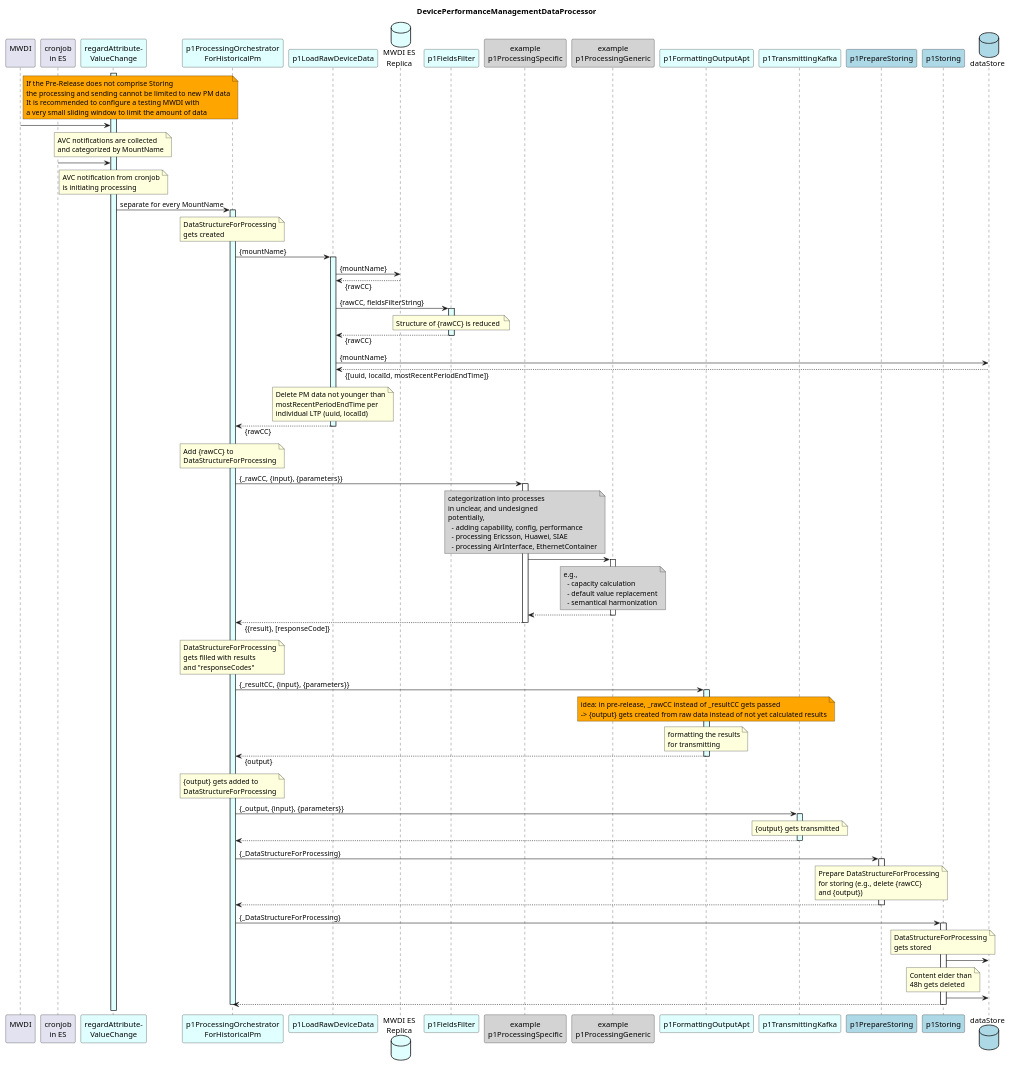
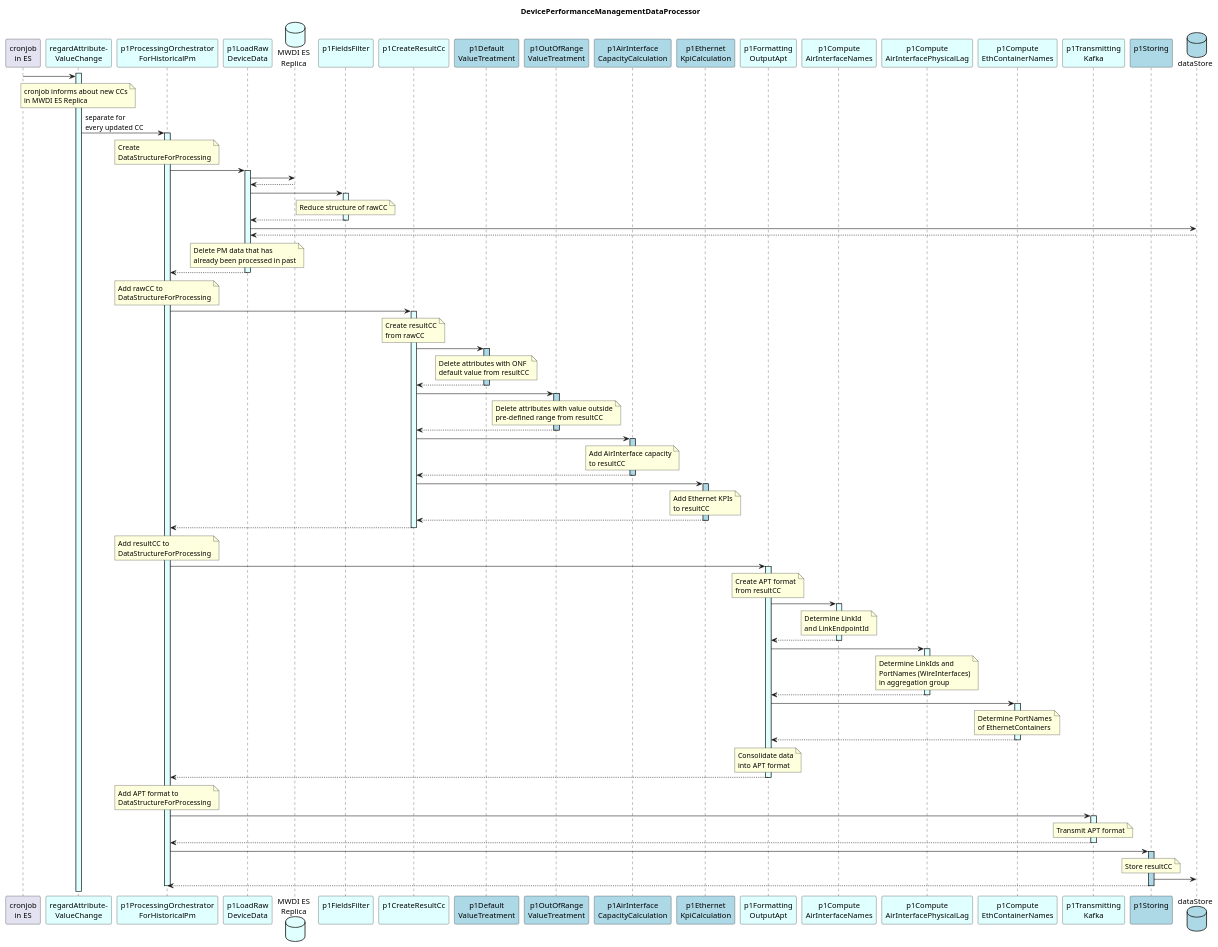
One commit to openBackhaul/DevicePerformanceManagementDataProcessor changed the diagram in spec/diagrams/hl_sequence.plantuml. Above: the diagram before and after it, drawn with PlantUML. The commit also changed 22 other files, not shown here.

```diff
--- a/spec/diagrams/hl_sequence.plantuml
+++ b/spec/diagrams/hl_sequence.plantuml
@@ -5,179 +5,211 @@
   DevicePerformanceManagementDataProcessor
 end title
 
-participant "MWDI\n" as mwdi
 participant "cronjob\nin ES" as cjes
 participant "regardAttribute-\nValueChange" as rAVC #LightCyan
 
 participant "p1ProcessingOrchestrator\nForHistoricalPm" as p1ProOrch #LightCyan
 
-participant "p1LoadRawDeviceData" as p1AddRaw #LightCyan
+participant "p1LoadRaw\nDeviceData" as p1AddRaw #LightCyan
 database  "MWDI ES\nReplica" as MwdiEs #LightCyan
-participant "p1FieldsFilter" as p1FF #LightCyan
+participant "p1FieldsFilter\n" as p1FF #LightCyan
 
-participant "example\np1ProcessingSpecific" as p1Specific #LightGrey
-participant "example\np1ProcessingGeneric" as p1Generic #LightGrey
+participant "p1CreateResultCc\n" as p1CRC #LightCyan
+participant "p1Default\nValueTreatment" as p1DVT #LightBlue
+participant "p1OutOfRange\nValueTreatment" as p1ORVT #LightBlue
 
-participant "p1FormattingOutputApt" as p1Output #LightCyan
-participant "p1TransmittingKafka" as p1Trans #LightCyan
+participant "p1AirInterface\nCapacityCalculation" as p1AiCC #LightBlue
+participant "p1Ethernet\nKpiCalculation" as p1EthKC #LightBlue
 
-participant "p1PrepareStoring" as p1PrepStore #LightBlue
+participant "p1Formatting\nOutputApt" as p1Output #LightCyan
+participant "p1Compute\nAirInterfaceNames" as p1CompAiNames #LightCyan
+participant "p1Compute\nAirInterfacePhysicalLag" as p1CompPhyLag #LightCyan
+participant "p1Compute\nEthContainerNames" as p1CompEthContNames #LightCyan
 
-participant "p1Storing" as p1Store #LightBlue
+participant "p1Transmitting\nKafka" as p1Trans #LightCyan
+
+participant "p1Storing\n" as p1Store #LightBlue
 database "dataStore" as db #LightBlue
 
-note right mwdi #Orange
-  If the Pre-Release does not comprise Storing
-  the processing and sending cannot be limited to new PM data
-  It is recommended to configure a testing MWDI with
-  a very small sliding window to limit the amount of data  
-end note
 
 activate rAVC #LightCyan
 
-mwdi -> rAVC
+cjes -> rAVC
 note over rAVC
-  AVC notifications are collected
-  and categorized by MountName
+  cronjob informs about new CCs
+  in MWDI ES Replica
 end note
 
-cjes -> rAVC
-note over rAVC
-  AVC notification from cronjob
-  is initiating processing
-end note
-
-rAVC -> p1ProOrch : separate for every MountName
+rAVC -> p1ProOrch : separate for\nevery updated CC
 activate p1ProOrch #LightCyan
 
   note over p1ProOrch
+    Create
     DataStructureForProcessing
-    gets created
   end note
 
-  p1ProOrch -> p1AddRaw : {mountName}
+  p1ProOrch -> p1AddRaw
   activate p1AddRaw #LightCyan
 
-    p1AddRaw -> MwdiEs : {mountName}
-    p1AddRaw <-- MwdiEs : {rawCC}
+    p1AddRaw -> MwdiEs
+    p1AddRaw <-- MwdiEs
 
-    p1AddRaw -> p1FF : {rawCC, fieldsFilterString}
+    p1AddRaw -> p1FF
     activate p1FF #LightCyan
 
       note over p1FF
-        Structure of {rawCC} is reduced 
+        Reduce structure of rawCC
       end note
 
-    p1AddRaw <-- p1FF : {rawCC}
+    p1AddRaw <-- p1FF
     deactivate p1FF
 
-    p1AddRaw -> db : {mountName}
-    p1AddRaw <-- db : {[uuid, localId, mostRecentPeriodEndTime]}
+    p1AddRaw -> db
+    p1AddRaw <-- db
 
     note over p1AddRaw
-      Delete PM data not younger than
-      mostRecentPeriodEndTime per
-      individual LTP (uuid, localId)
+      Delete PM data that has
+      already been processed in past
     end note
 
-  p1ProOrch <-- p1AddRaw : {rawCC}
+  p1ProOrch <-- p1AddRaw
   deactivate p1AddRaw
 
   note over p1ProOrch
-    Add {rawCC} to
+    Add rawCC to
     DataStructureForProcessing
   end note
 
-  p1ProOrch -> p1Specific : {_rawCC, {input}, {parameters}}
-  activate p1Specific
+  p1ProOrch -> p1CRC
+  activate p1CRC #LightCyan
 
-    note over p1Specific #LightGray
-      categorization into processes 
-      in unclear, and undesigned
-      potentially, 
-        - adding capability, config, performance
-        - processing Ericsson, Huawei, SIAE
-        - processing AirInterface, EthernetContainer
+    note over p1CRC
+      Create resultCC
+      from rawCC
     end note
 
-    p1Specific -> p1Generic
-    activate p1Generic
-  
-      note over p1Generic  #LightGray
-        e.g., 
-          - capacity calculation
-          - default value replacement
-          - semantical harmonization
+    p1CRC -> p1DVT
+    activate p1DVT #LightBlue
+
+      note over p1DVT
+        Delete attributes with ONF
+        default value from resultCC
       end note
 
-    p1Specific <-- p1Generic
-    deactivate p1Generic
-    
-  p1ProOrch <-- p1Specific : {{result}, [responseCode]}
-  deactivate p1Specific
+    p1CRC <-- p1DVT
+    deactivate p1DVT
+
+    p1CRC -> p1ORVT
+    activate p1ORVT #LightBlue
+
+      note over p1ORVT
+        Delete attributes with value outside
+        pre-defined range from resultCC
+      end note
+
+    p1CRC <-- p1ORVT
+    deactivate p1ORVT
+
+    p1CRC -> p1AiCC
+    activate p1AiCC #LightBlue
+
+      note over p1AiCC
+        Add AirInterface capacity
+        to resultCC
+      end note
+
+    p1CRC <-- p1AiCC
+    deactivate p1AiCC
+
+    p1CRC -> p1EthKC
+    activate p1EthKC #LightBlue
+
+      note over p1EthKC
+        Add Ethernet KPIs
+        to resultCC
+      end note
+
+    p1CRC <-- p1EthKC
+    deactivate p1EthKC
+
+  p1ProOrch <-- p1CRC
+  deactivate p1CRC
 
   note over p1ProOrch
+    Add resultCC to
     DataStructureForProcessing
-    gets filled with results
-    and "responseCodes"
   end note
 
-  p1ProOrch -> p1Output : {_resultCC, {input}, {parameters}}
+  p1ProOrch -> p1Output
   activate p1Output #LightCyan
 
-    note over p1Output #Orange
-      idea: in pre-release, _rawCC instead of _resultCC gets passed
-      -> {output} gets created from raw data instead of not yet calculated results
+    note over p1Output
+      Create APT format
+      from resultCC
     end note
 
+    p1Output -> p1CompAiNames
+    activate p1CompAiNames #LightCyan
+
+      note over p1CompAiNames
+        Determine LinkId 
+        and LinkEndpointId
+      end note
+
+    p1Output <-- p1CompAiNames
+    deactivate p1CompAiNames
+
+    p1Output -> p1CompPhyLag
+    activate p1CompPhyLag #LightCyan
+
+      note over p1CompPhyLag
+        Determine LinkIds and
+        PortNames (WireInterfaces)
+        in aggregation group
+      end note
+
+    p1Output <-- p1CompPhyLag
+    deactivate p1CompPhyLag
+
+    p1Output -> p1CompEthContNames
+    activate p1CompEthContNames #LightCyan
+
+      note over p1CompEthContNames
+        Determine PortNames
+        of EthernetContainers
+      end note
+
+    p1Output <-- p1CompEthContNames
+    deactivate p1CompEthContNames
+
     note over p1Output
-      formatting the results
-      for transmitting
+      Consolidate data
+      into APT format
     end note
 
-  p1ProOrch <-- p1Output : {output}
+  p1ProOrch <-- p1Output
   deactivate p1Output
 
   note over p1ProOrch
-    {output} gets added to
+    Add APT format to
     DataStructureForProcessing
   end note
 
-  p1ProOrch -> p1Trans : {_output, {input}, {parameters}}
+  p1ProOrch -> p1Trans
   activate p1Trans #LightCyan
 
     note over p1Trans
-      {output} gets transmitted
+      Transmit APT format
     end note
 
   p1ProOrch <-- p1Trans
   deactivate p1Trans
 
-  p1ProOrch -> p1PrepStore : {_DataStructureForProcessing}
-  activate p1PrepStore
-
-    note over p1PrepStore
-      Prepare DataStructureForProcessing
-      for storing (e.g., delete {rawCC}
-      and {output})
-    end note
-
-  p1ProOrch <-- p1PrepStore
-  deactivate p1PrepStore
-
-  p1ProOrch -> p1Store : {_DataStructureForProcessing}
-  activate p1Store
+  p1ProOrch -> p1Store
+  activate p1Store #LightBlue
 
     note over p1Store
-      DataStructureForProcessing
-      gets stored
-    end note
-
-    p1Store -> db
-
-    note over p1Store
-      Content elder than
-      48h gets deleted
+      Store resultCC
     end note
 
     p1Store -> db
```
